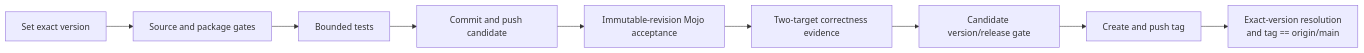
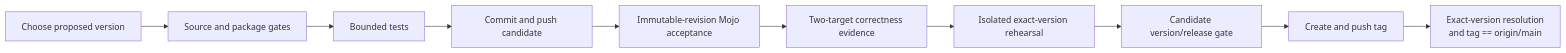
The diagram in docs/RELEASING.md (1amageek/swift-mojo), drawn with Mermaid before and after one commit. The commit also changed other lines of this file and 10 other files, not shown here.

Commit message:
Use SwiftPM as release version authority

````diff
--- a/docs/RELEASING.md
+++ b/docs/RELEASING.md
@@ -7,11 +7,12 @@
 ```mermaid
 flowchart LR
-    V["Set exact version"] --> S["Source and package gates"]
+    V["Choose proposed version"] --> S["Source and package gates"]
     S --> T["Bounded tests"]
     T --> P["Commit and push candidate"]
     P --> A["Immutable-revision Mojo acceptance"]
     A --> M["Two-target correctness evidence"]
-    M --> F["Candidate version/release gate"]
+    M --> R["Isolated exact-version rehearsal"]
+    R --> F["Candidate version/release gate"]
     F --> G["Create and push tag"]
     G --> E["Exact-version resolution<br/>and tag == origin/main"]
 ```
````
